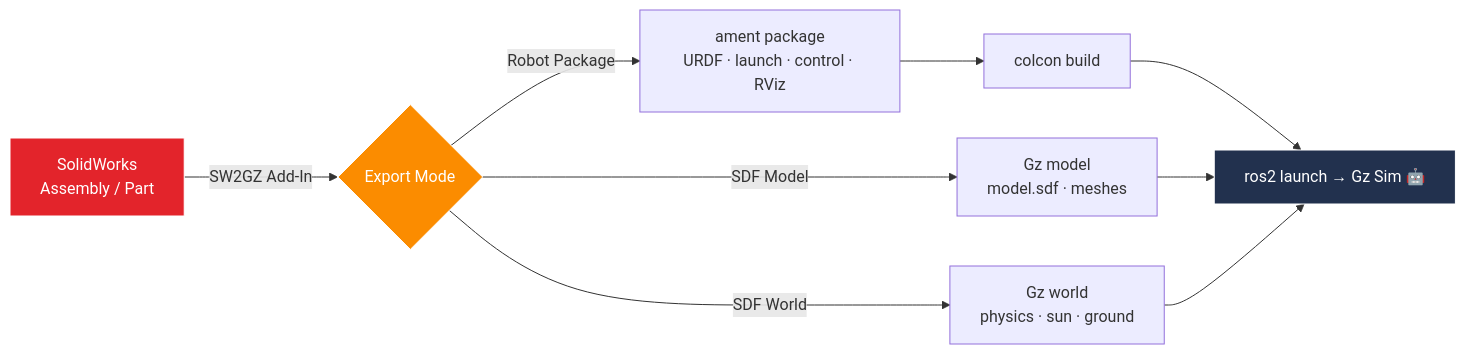
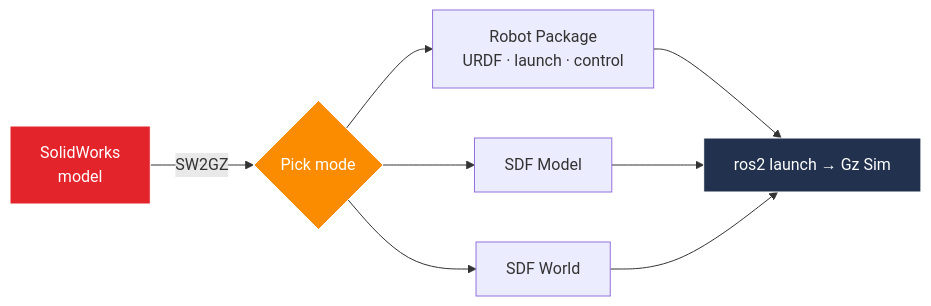
Before and after one commit to Aryan01b/SW2GZ: the diagram in README.md, drawn with Mermaid. The commit also changed other lines of this file and 3 other files, not shown here.

````diff
--- a/README.md
+++ b/README.md
@@ -28,14 +17,13 @@
 ```mermaid
 flowchart LR
-    A[SolidWorks<br/>Assembly / Part] -->|SW2GZ Add-In| B{Export Mode}
-    B -->|Robot Package| C[ament package<br/>URDF · launch · control · RViz]
-    B -->|SDF Model| D[Gz model<br/>model.sdf · meshes]
-    B -->|SDF World| E[Gz world<br/>physics · sun · ground]
-    C --> F[colcon build]
-    F --> G[ros2 launch → Gz Sim 🤖]
+    A[SolidWorks<br/>model] -->|SW2GZ| B{Pick mode}
+    B --> C[Robot Package<br/>URDF · launch · control]
+    B --> D[SDF Model]
+    B --> E[SDF World]
+    C --> G[ros2 launch → Gz Sim]
     D --> G
     E --> G
     style A fill:#e3242b,stroke:#fff,color:#fff
+    style B fill:#FB8C00,stroke:#fff,color:#fff
     style G fill:#22314E,stroke:#fff,color:#fff
-    style B fill:#FB8C00,stroke:#fff,color:#fff
 ```
````
